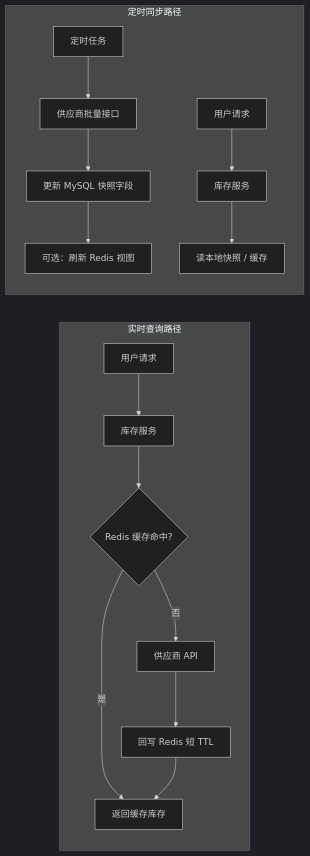
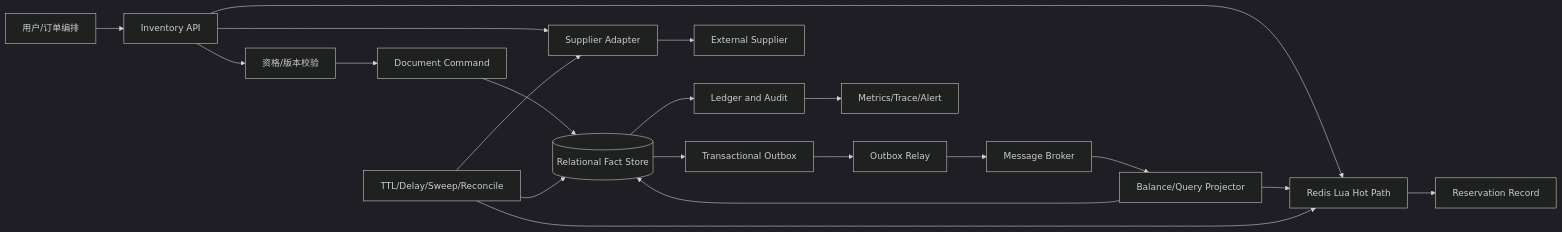
One commit to wxquare/wxquare.github.io changed the third of 4 diagrams in books/system-design-primer/src/part03/04-inventory-system.md. Above: the diagram before and after it, drawn with Mermaid (dark theme). The commit also changed other lines of this file, not shown here.

Commit message:
docs: optimize inventory system chapter

````diff
--- a/books/system-design-primer/src/part03/04-inventory-system.md
+++ b/books/system-design-primer/src/part03/04-inventory-system.md
@@ -838,19 +806,22 @@
 ```mermaid
 flowchart LR
-  subgraph RT[实时查询路径]
-    A1[用户请求] --> B1[库存服务]
-    B1 --> C1{Redis 缓存命中?}
-    C1 -->|是| Z1[返回缓存库存]
-    C1 -->|否| D1[供应商 API]
-    D1 --> E1[回写 Redis 短 TTL]
-    E1 --> Z1
-  end
-
-  subgraph SCH[定时同步路径]
-    J1[定时任务] --> K1[供应商批量接口]
-    K1 --> L1[更新 MySQL 快照字段]
-    L1 --> M1[可选：刷新 Redis 视图]
-    A2[用户请求] --> B2[库存服务]
-    B2 --> Z2[读本地快照 / 缓存]
-  end
+    U[用户/订单编排] --> API[Inventory API]
+    API --> V[资格/版本校验]
+    V --> CMD[Document Command]
+    CMD --> DB[(Relational Fact Store)]
+    API --> HOT[Redis Lua Hot Path]
+    HOT --> RES[Reservation Record]
+    DB --> OUT[Transactional Outbox]
+    OUT --> RELAY[Outbox Relay]
+    RELAY --> MQ[Message Broker]
+    MQ --> PROJ[Balance/Query Projector]
+    PROJ --> DB
+    PROJ --> HOT
+    API --> SUP[Supplier Adapter]
+    SUP --> EXT[External Supplier]
+    SWEEP[TTL/Delay/Sweep/Reconcile] --> DB
+    SWEEP --> HOT
+    SWEEP --> SUP
+    DB --> AUDIT[Ledger and Audit]
+    AUDIT --> OBS[Metrics/Trace/Alert]
 ```
````
